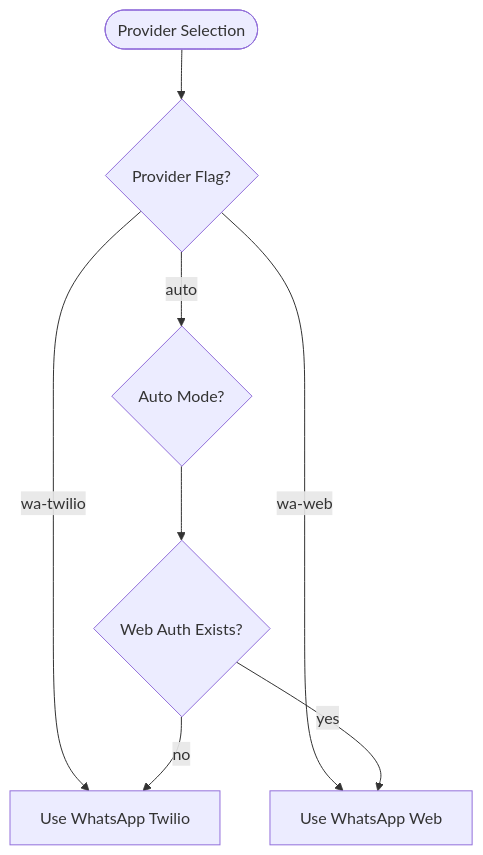
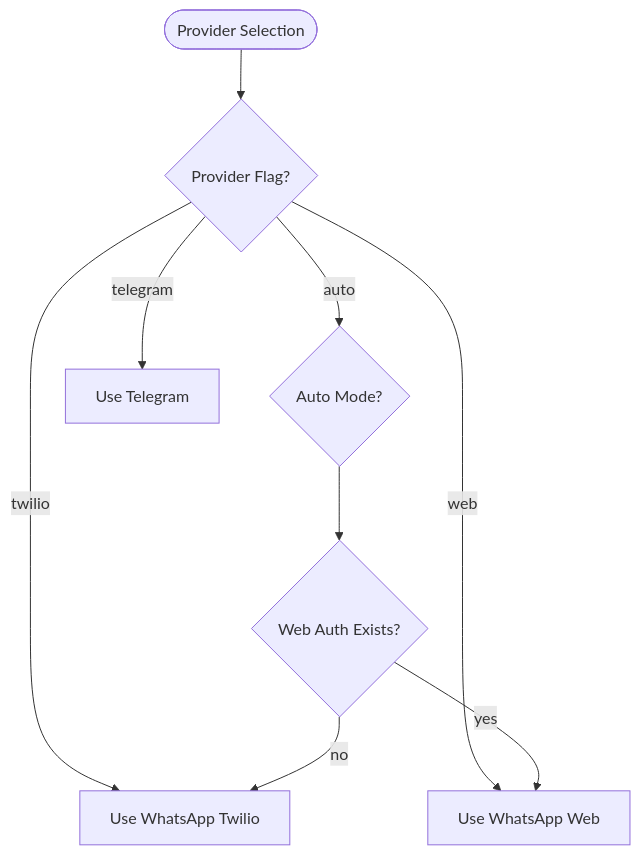
Before and after one commit to arnemoor/tmerelay: the third of 15 diagrams in docs/architecture/telegram-integration.md, drawn with Mermaid. The commit also changed other lines of this file and 2 other files, not shown here.

First line of the commit message:
refactor: remove legacy wa-twilio and wa-web provider naming

````diff
--- a/docs/architecture/telegram-integration.md
+++ b/docs/architecture/telegram-integration.md
@@ -119,15 +119,16 @@
 ```mermaid
 flowchart TB
   Start([Provider Selection])
   Check{Provider Flag?}
   Auto{Auto Mode?}
   WebAuth{Web Auth Exists?}
 
   Start --> Check
-  Check -->|wa-twilio| UseTwilio[Use WhatsApp Twilio]
-  Check -->|wa-web| UseWeb[Use WhatsApp Web]
+  Check -->|twilio| UseTwilio[Use WhatsApp Twilio]
+  Check -->|web| UseWeb[Use WhatsApp Web]
+  Check -->|telegram| UseTelegram[Use Telegram]
   Check -->|auto| Auto
   Auto --> WebAuth
   WebAuth -->|yes| UseWeb
   WebAuth -->|no| UseTwilio
 ```
````
